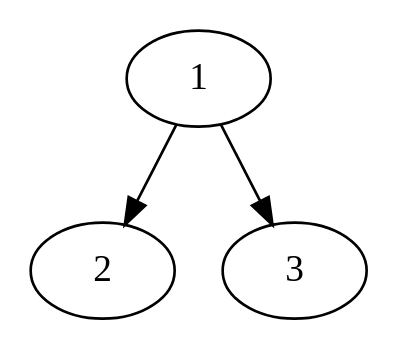
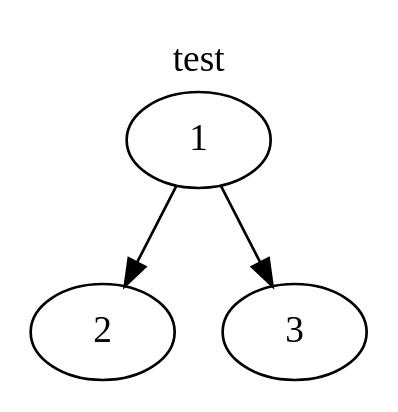
The diagram in test_inputs/dot1/frame1.dot (DQsamayoa/tweensvg), drawn with Graphviz before and after one commit. The commit also changed 4 other files, not shown here.

```diff
--- a/test_inputs/dot1/frame1.dot
+++ b/test_inputs/dot1/frame1.dot
@@ -1,8 +1,10 @@
 
-digraph frame1{
-    1;
-    2;
-    3;
-    1 -> 2;
-    1 -> 3;
+digraph frame{
+    labelloc="t";
+    label="test";
+    1 [id=node1];
+    2 [id=node2];
+    3 [id=node3];
+    1 -> 2 [id=edge_1_2];
+    1 -> 3 [id=edge_1_3];
 }
```
